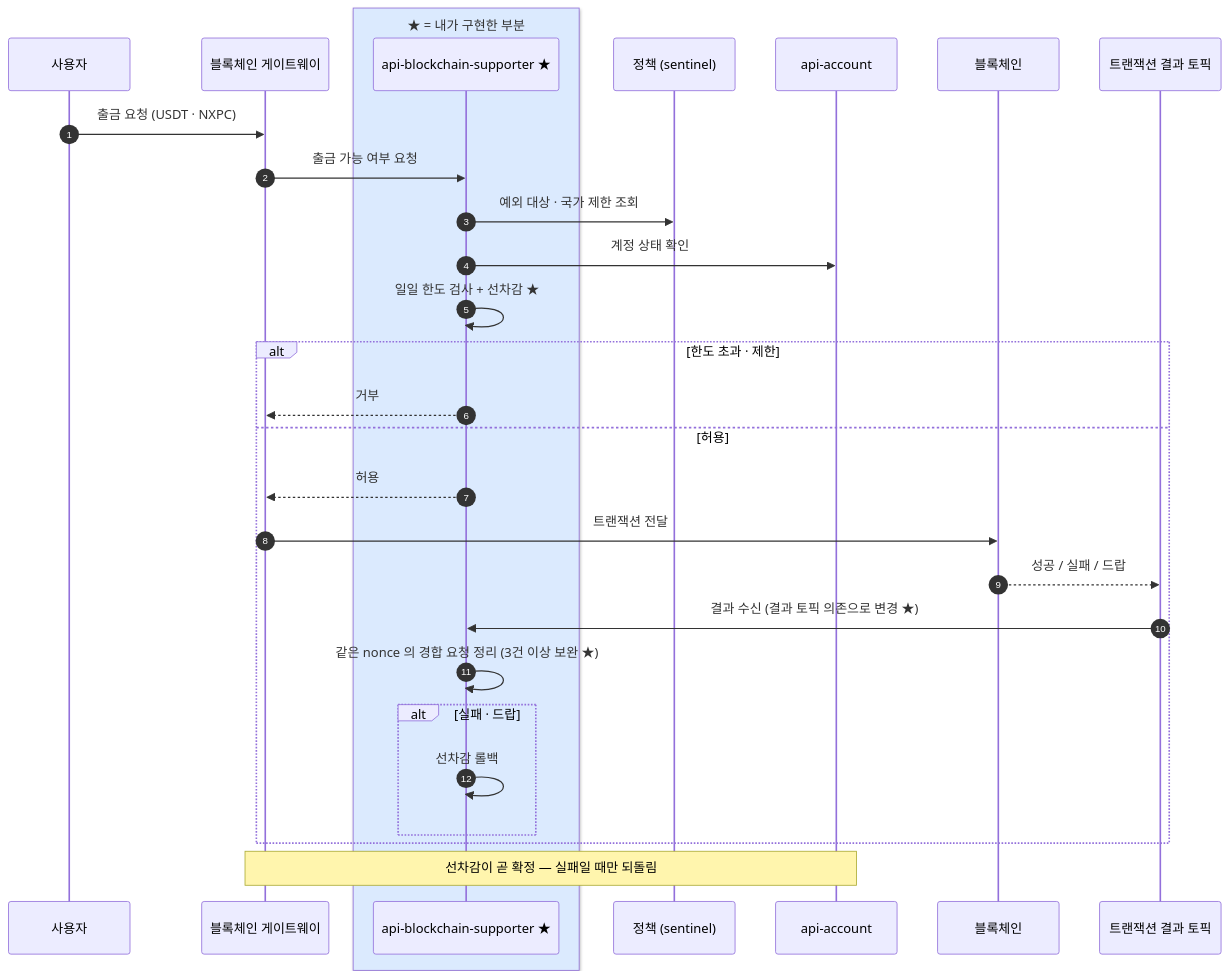
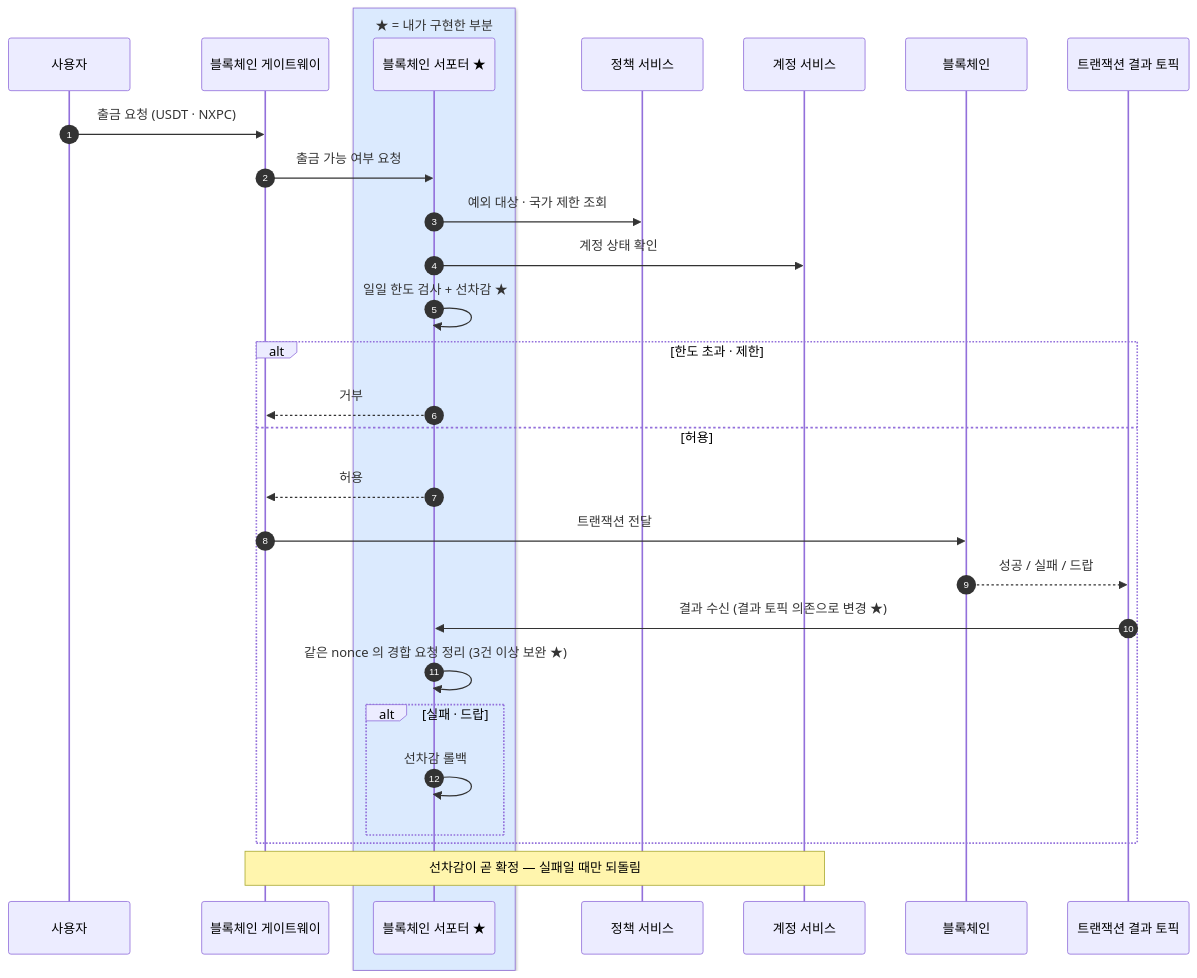
The diagram in content/diagrams/usdt.mmd (shalwxy/career), drawn with Mermaid before and after one commit. The commit also changed 24 other files, not shown here.

```diff
--- a/content/diagrams/usdt.mmd
+++ b/content/diagrams/usdt.mmd
@@ -1,31 +1,31 @@
 %% title: 스테이블 코인 출금 — 선차감과 결과 기반 롤백
 %% title_en: Stablecoin withdrawals — pre-deduction and result-driven rollback
 sequenceDiagram
     autonumber
     participant U as 사용자
     participant GW as 블록체인 게이트웨이
     box rgb(219,234,254) ★ = 내가 구현한 부분
-    participant S as api-blockchain-supporter ★
+    participant S as 블록체인 서포터 ★
     end
-    participant P as 정책 (sentinel)
-    participant AC as api-account
+    participant P as 정책 서비스
+    participant AC as 계정 서비스
     participant BC as 블록체인
     participant K as 트랜잭션 결과 토픽
     U->>GW: 출금 요청 (USDT · NXPC)
     GW->>S: 출금 가능 여부 요청
     S->>P: 예외 대상 · 국가 제한 조회
     S->>AC: 계정 상태 확인
     S->>S: 일일 한도 검사 + 선차감 ★
     alt 한도 초과 · 제한
         S-->>GW: 거부
     else 허용
         S-->>GW: 허용
         GW->>BC: 트랜잭션 전달
         BC-->>K: 성공 / 실패 / 드랍
         K->>S: 결과 수신 (결과 토픽 의존으로 변경 ★)
         S->>S: 같은 nonce 의 경합 요청 정리 (3건 이상 보완 ★)
         alt 실패 · 드랍
             S->>S: 선차감 롤백
         end
     end
     note over GW,AC: 선차감이 곧 확정 — 실패일 때만 되돌림
```
